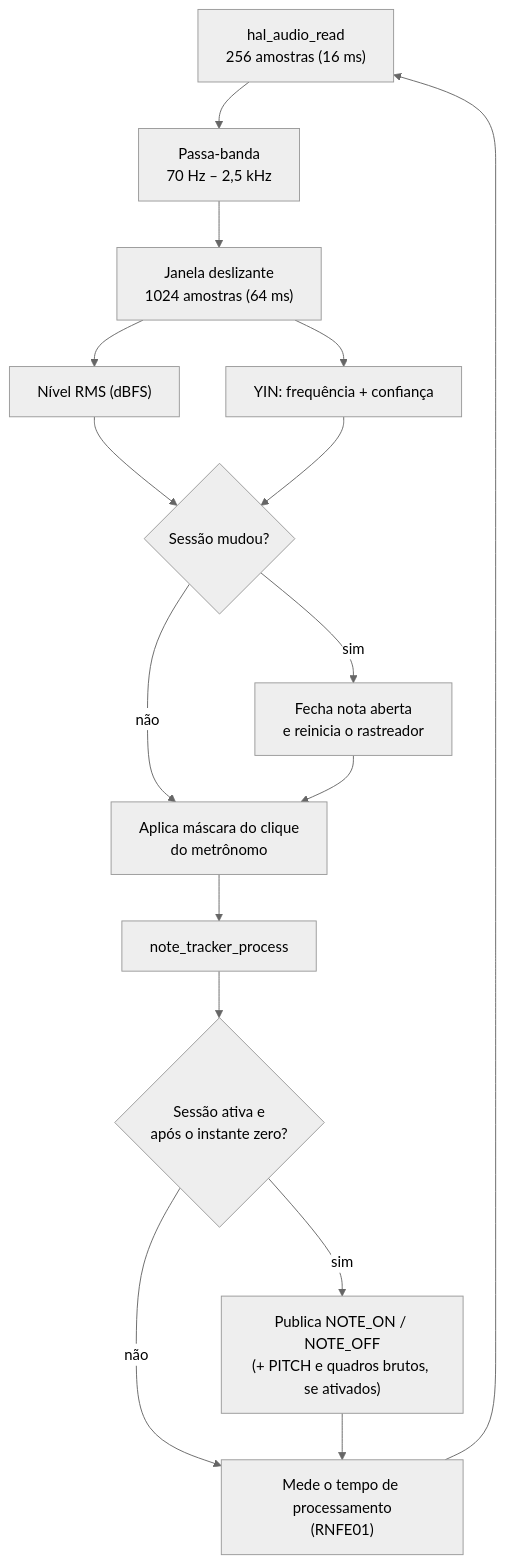
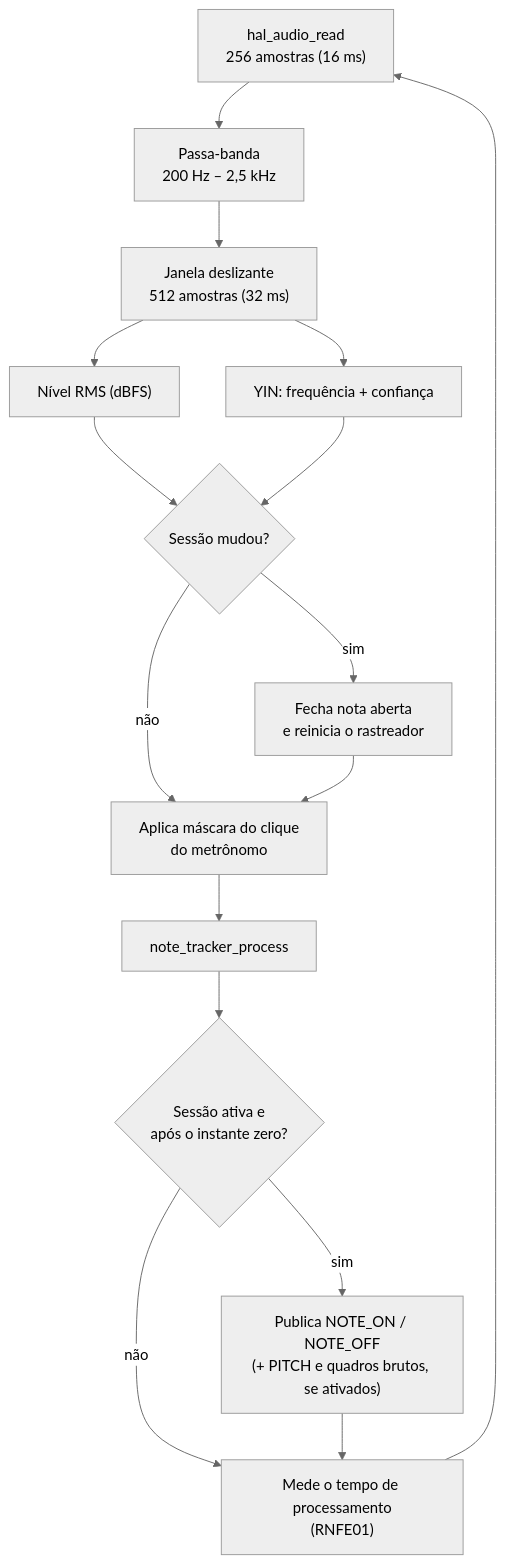
One commit to noggyamamoto/firmware_I2S changed the sixth of 9 diagrams in README.md. Above: the diagram before and after it, drawn with Mermaid (neutral theme). The commit also changed other lines of this file and 1 other file, not shown here.

````diff
--- a/README.md
+++ b/README.md
@@ -526,18 +542,18 @@
 ```mermaid
 flowchart TD
-    A["hal_audio_read<br/>256 amostras (16 ms)"] --> B["Passa-banda<br/>70 Hz – 2,5 kHz"]
-    B --> C["Janela deslizante<br/>1024 amostras (64 ms)"]
+    A["hal_audio_read<br/>256 amostras (16 ms)"] --> B["Passa-banda<br/>200 Hz – 2,5 kHz"]
+    B --> C["Janela deslizante<br/>512 amostras (32 ms)"]
     C --> D["Nível RMS (dBFS)"]
     C --> E["YIN: frequência + confiança"]
     D --> F{"Sessão mudou?"}
     E --> F
     F -- sim --> G["Fecha nota aberta<br/>e reinicia o rastreador"]
     F -- não --> H
     G --> H["Aplica máscara do clique<br/>do metrônomo"]
     H --> I["note_tracker_process"]
     I --> J{"Sessão ativa e<br/>após o instante zero?"}
     J -- não --> L
     J -- sim --> K["Publica NOTE_ON / NOTE_OFF<br/>(+ PITCH e quadros brutos, se ativados)"]
     K --> L["Mede o tempo de processamento<br/>(RNFE01)"]
     L --> A
 ```
````
